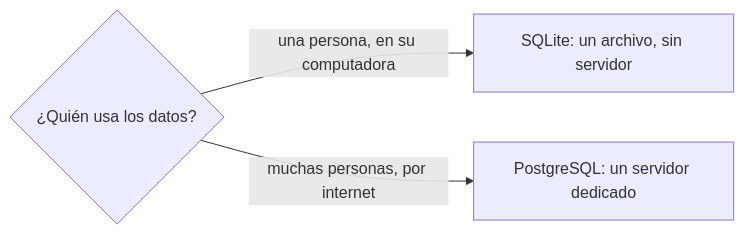
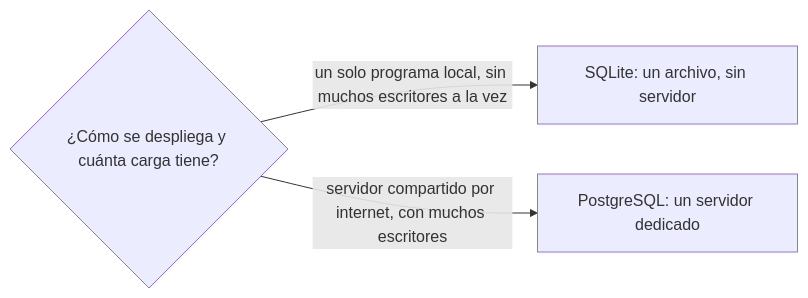
One commit to harrysxavio/gentle-ai-manual changed the third of 4 diagrams in src/content/docs/01-fundamentos-tecnologicos/05-bases-de-datos.md. Above: the diagram before and after it, drawn with Mermaid. The commit also changed other lines of this file and 2 other files, not shown here.

````diff
--- a/src/content/docs/01-fundamentos-tecnologicos/05-bases-de-datos.md
+++ b/src/content/docs/01-fundamentos-tecnologicos/05-bases-de-datos.md
@@ -146,5 +146,5 @@
 ```mermaid
 flowchart LR
-    Q{"¿Quién usa los datos?"} -->|"una persona, en su computadora"| S["SQLite: un archivo, sin servidor"]
-    Q -->|"muchas personas, por internet"| P["PostgreSQL: un servidor dedicado"]
+    Q{"¿Cómo se despliega y cuánta carga tiene?"} -->|"un solo programa local, sin muchos escritores a la vez"| S["SQLite: un archivo, sin servidor"]
+    Q -->|"servidor compartido por internet, con muchos escritores"| P["PostgreSQL: un servidor dedicado"]
 ```
````
